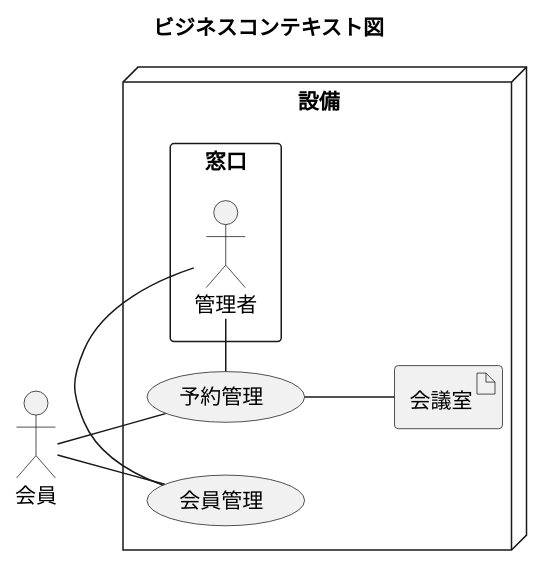
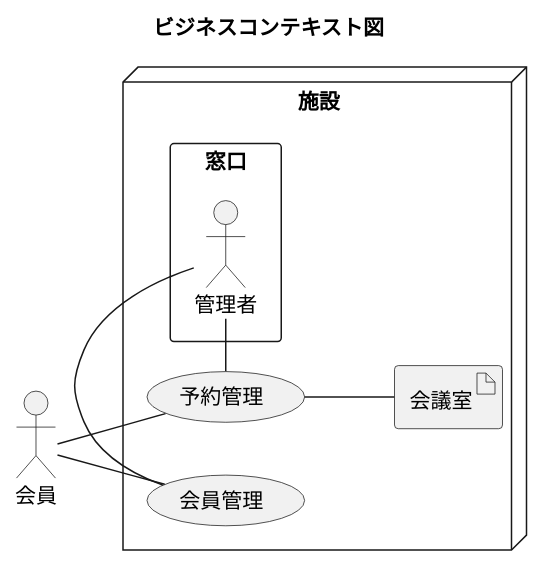
Before and after one commit to k2works/case-study-mrs: the third of 24 diagrams in docs/index.adoc, drawn with PlantUML. The commit also changed 12 other files, not shown here.

```diff
--- a/docs/index.adoc
+++ b/docs/index.adoc
@@ -104,27 +104,27 @@
 [plantuml]
 ----
 @startuml
 
 title ビジネスコンテキスト図
 
 left to right direction
 
 actor 会員 as ac_01
 
-node 設備 {
+node 施設 {
   rectangle 窓口 {
     actor 管理者 as ac_02
   }
   usecase 予約管理 as uc_01
   usecase 会員管理 as uc_02
   artifact 会議室 as ar_01
 }
 
 ac_01 -- (uc_01)
 ac_01 -- (uc_02)
 (uc_01) -- (ar_01)
 (uc_01) - ac_02
 (uc_02) - ac_02
 
 @enduml
 ----
```
